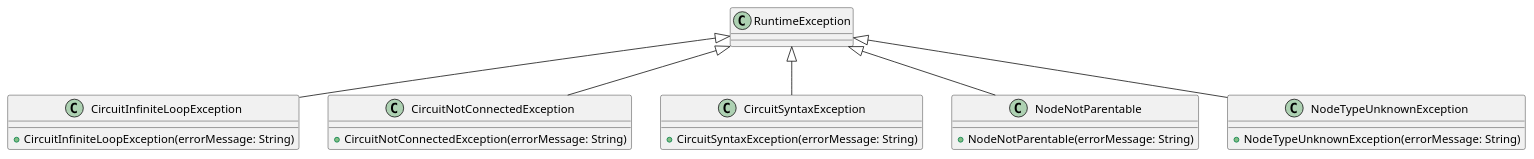
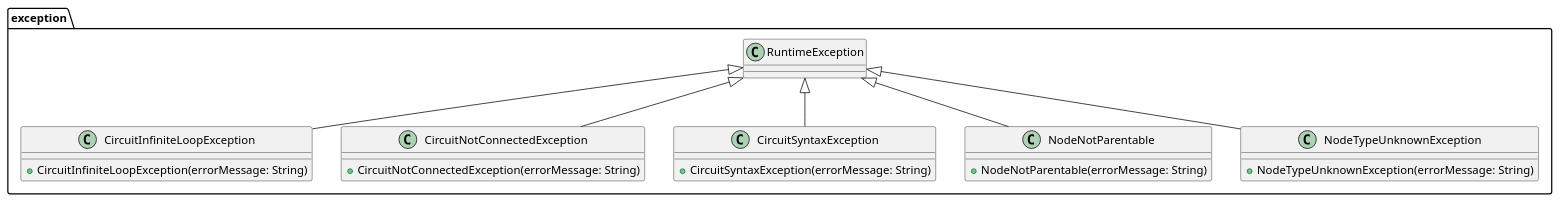
The diagram in docs/diagrams/dkd-core-exception.puml (stevenliebregt/avans-dp1-sirkwie), drawn with PlantUML before and after one commit. The commit also changed 30 other files, not shown here.

```diff
--- a/docs/diagrams/dkd-core-exception.puml
+++ b/docs/diagrams/dkd-core-exception.puml
@@ -1,23 +1,25 @@
 @startuml
 
-class CircuitInfiniteLoopException extends RuntimeException {
-    +CircuitInfiniteLoopException(errorMessage: String)
-}
+package exception {
+    class CircuitInfiniteLoopException extends RuntimeException {
+        +CircuitInfiniteLoopException(errorMessage: String)
+    }
 
-class CircuitNotConnectedException extends RuntimeException {
-    +CircuitNotConnectedException(errorMessage: String)
-}
+    class CircuitNotConnectedException extends RuntimeException {
+        +CircuitNotConnectedException(errorMessage: String)
+    }
 
-class CircuitSyntaxException extends RuntimeException {
-    +CircuitSyntaxException(errorMessage: String)
-}
+    class CircuitSyntaxException extends RuntimeException {
+        +CircuitSyntaxException(errorMessage: String)
+    }
 
-class NodeNotParentable extends RuntimeException {
-    +NodeNotParentable(errorMessage: String)
-}
+    class NodeNotParentable extends RuntimeException {
+        +NodeNotParentable(errorMessage: String)
+    }
 
-class NodeTypeUnknownException extends RuntimeException {
-    +NodeTypeUnknownException(errorMessage: String)
+    class NodeTypeUnknownException extends RuntimeException {
+        +NodeTypeUnknownException(errorMessage: String)
+    }
 }
 
 @enduml
```
